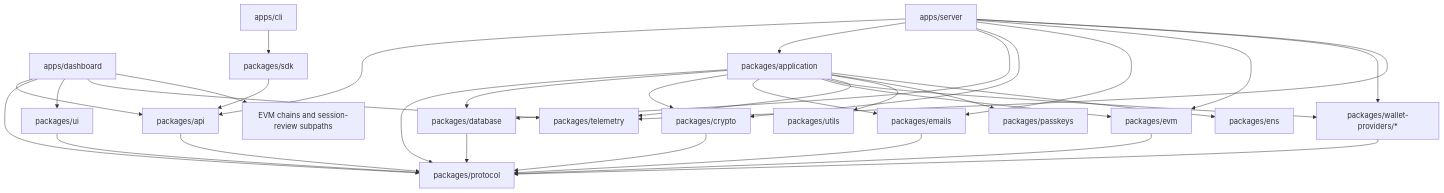
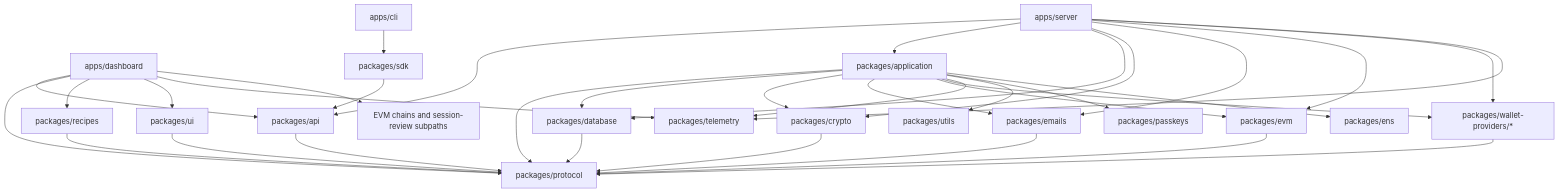
The diagram in architecture/engineering/repository.md (thenamespace/namera), drawn with Mermaid before and after one commit. The commit also changed other lines of this file and 14 other files, not shown here.

````diff
--- a/architecture/engineering/repository.md
+++ b/architecture/engineering/repository.md
@@ -26,39 +26,41 @@
 ```mermaid
 flowchart TD
   Dashboard[apps/dashboard] --> API[packages/api]
   Dashboard --> Protocol[packages/protocol]
+  Dashboard --> Recipes[packages/recipes]
+  Recipes --> Protocol
   Dashboard --> UI[packages/ui]
   Dashboard --> Telemetry[packages/telemetry]
 
   Server[apps/server] --> API
   Server --> Application[packages/application]
   Server --> Database[packages/database]
   Server --> Crypto[packages/crypto]
   Server --> Emails[packages/emails]
   Server --> EVM[packages/evm]
   Server --> Providers[packages/wallet-providers/*]
   Server --> Telemetry
 
   Application --> Protocol
   Application --> Database
   Application --> Crypto
   Application --> Emails
   Application --> EVM
   Application --> Providers
   Application --> Telemetry
   Application --> Utils[packages/utils]
   Application --> Passkeys[packages/passkeys]
   Application --> ENS[packages/ens]
   Dashboard --> EvmBrowser[EVM chains and session-review subpaths]
 
   API --> Protocol
   Database --> Protocol
   Crypto --> Protocol
   EVM --> Protocol
   Emails --> Protocol
   Providers --> Protocol
   UI --> Protocol
 
   SDK[packages/sdk] --> API
   CLI[apps/cli] --> SDK
 ```
````
